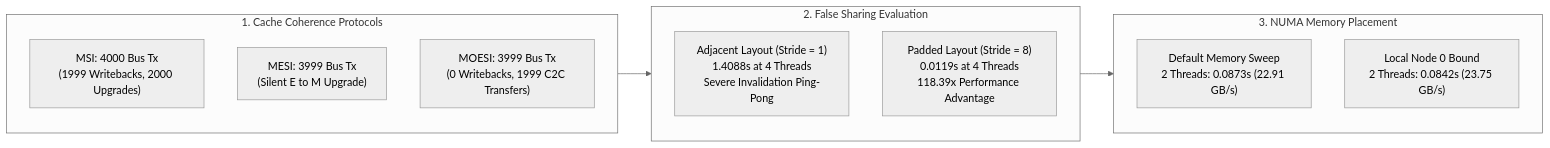
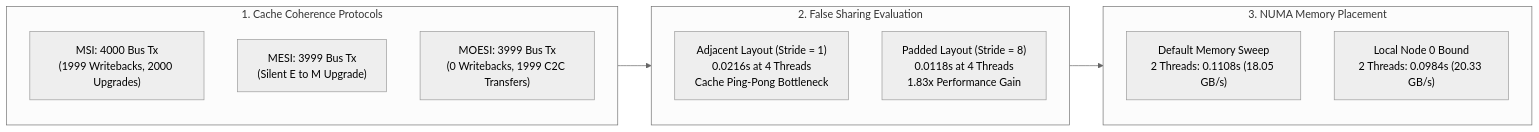
One commit to Janaki1711/PGC_Lab changed the first of 2 diagrams in Experiment_4/README.md. Above: the diagram before and after it, drawn with Mermaid (neutral theme). The commit also changed other lines of this file and 11 other files, not shown here.

````diff
--- a/Experiment_4/README.md
+++ b/Experiment_4/README.md
@@ -17,23 +17,23 @@
 ```mermaid
 flowchart LR
     subgraph PartA ["1. Cache Coherence Protocols"]
         direction TB
         M1["MSI: 4000 Bus Tx<br/>(1999 Writebacks, 2000 Upgrades)"]
         M2["MESI: 3999 Bus Tx<br/>(Silent E to M Upgrade)"]
         M3["MOESI: 3999 Bus Tx<br/>(0 Writebacks, 1999 C2C Transfers)"]
     end
 
     subgraph PartB ["2. False Sharing Evaluation"]
         direction TB
-        FS1["Adjacent Layout (Stride = 1)<br/>1.4088s at 4 Threads<br/>Severe Invalidation Ping-Pong"]
-        FS2["Padded Layout (Stride = 8)<br/>0.0119s at 4 Threads<br/>118.39x Performance Advantage"]
+        FS1["Adjacent Layout (Stride = 1)<br/>0.0216s at 4 Threads<br/>Cache Ping-Pong Bottleneck"]
+        FS2["Padded Layout (Stride = 8)<br/>0.0118s at 4 Threads<br/>1.83x Performance Gain"]
     end
 
     subgraph PartC ["3. NUMA Memory Placement"]
         direction TB
-        N1["Default Memory Sweep<br/>2 Threads: 0.0873s (22.91 GB/s)"]
-        N2["Local Node 0 Bound<br/>2 Threads: 0.0842s (23.75 GB/s)"]
+        N1["Default Memory Sweep<br/>2 Threads: 0.1108s (18.05 GB/s)"]
+        N2["Local Node 0 Bound<br/>2 Threads: 0.0984s (20.33 GB/s)"]
     end
 
     PartA --> PartB --> PartC
 ```
````
